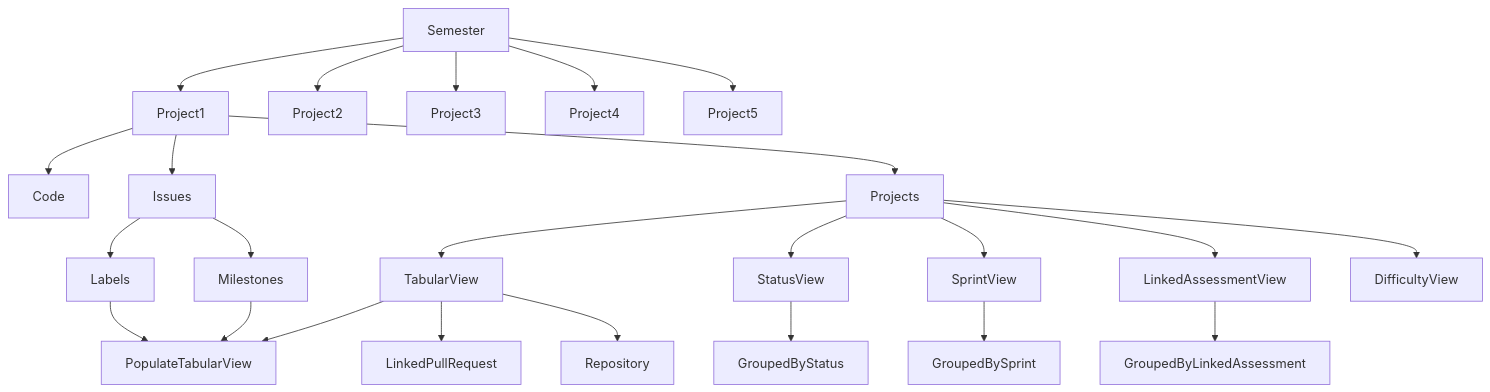
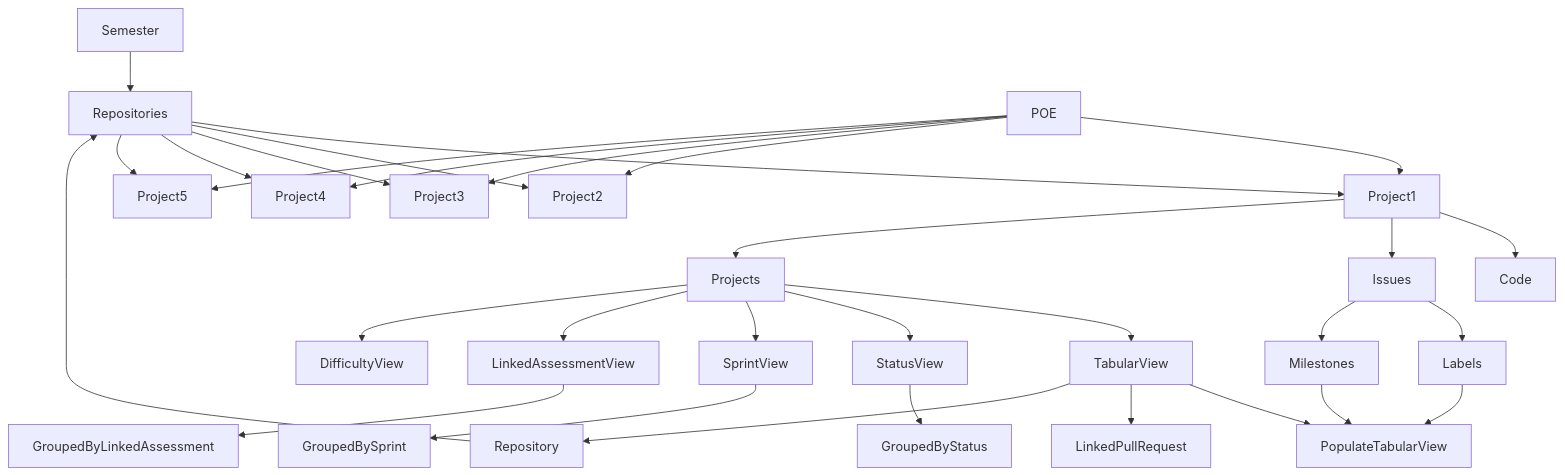
Before and after one commit to Mosotho888/CMPG-323-Overview---35551178: the diagram in README.md, drawn with Mermaid.

````diff
--- a/README.md
+++ b/README.md
@@ -12,26 +12,33 @@
 ```mermaid
 graph TB;
-      Semester-->Project1;
-      Semester-->Project2;
-      Semester-->Project3;
-      Semester-->Project4;
-      Semester-->Project5;
+      Semester-->Repositories;
+      Repositories-->Project1;
+      Repositories-->Project2;
+      Repositories-->Project3;
+      Repositories-->Project4;
+      Repositories-->Project5;
+      POE-->Project1;
+      POE-->Project2;
+      POE-->Project3;
+      POE-->Project4;
+      POE-->Project5;
       Project1-->Code;
       Project1-->Issues;
       Project1-->Projects;
       Issues-->Labels;
       Issues-->Milestones;
       Projects-->TabularView;
       Projects-->StatusView;
       Projects-->SprintView;
       Projects-->LinkedAssessmentView;
       Projects-->DifficultyView;
       TabularView-->PopulateTabularView;
       TabularView-->LinkedPullRequest;
       TabularView-->Repository;
+      Repository-->Repositories;
       Milestones-->PopulateTabularView;
       Labels-->PopulateTabularView;
       StatusView-->GroupedByStatus;
       SprintView-->GroupedBySprint;
       LinkedAssessmentView-->GroupedByLinkedAssessment;
 ```
````
